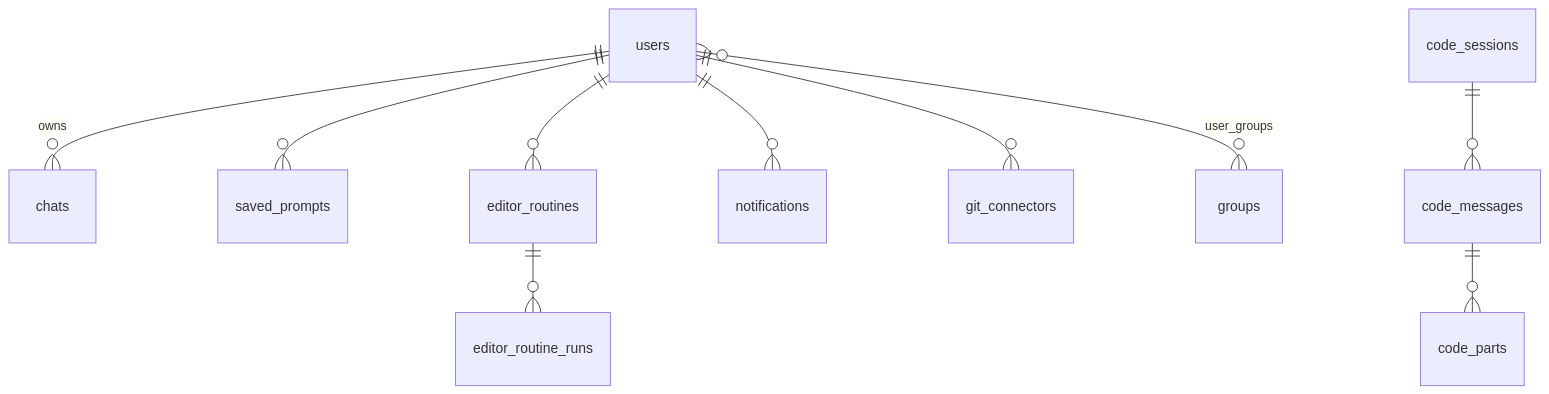
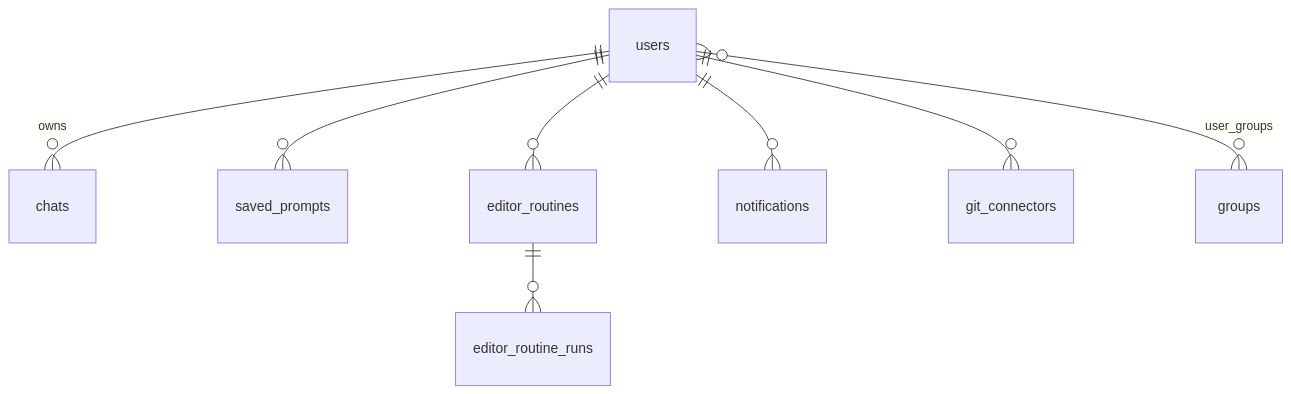
Before and after one commit to toto-fou/Elpis: the third of 16 diagrams in docs/architecture.md, drawn with Mermaid. The commit also changed other lines of this file and 108 other files, not shown here.

````diff
--- a/docs/architecture.md
+++ b/docs/architecture.md
@@ -392,12 +392,10 @@
 ```mermaid
 erDiagram
     users ||--o{ chats : "owns"
     users ||--o{ saved_prompts : ""
     users ||--o{ editor_routines : ""
     users ||--o{ notifications : ""
     users ||--o{ git_connectors : ""
     users }o--o{ groups : "user_groups"
     editor_routines ||--o{ editor_routine_runs : ""
-    code_sessions ||--o{ code_messages : ""
-    code_messages ||--o{ code_parts : ""
 ```
````
